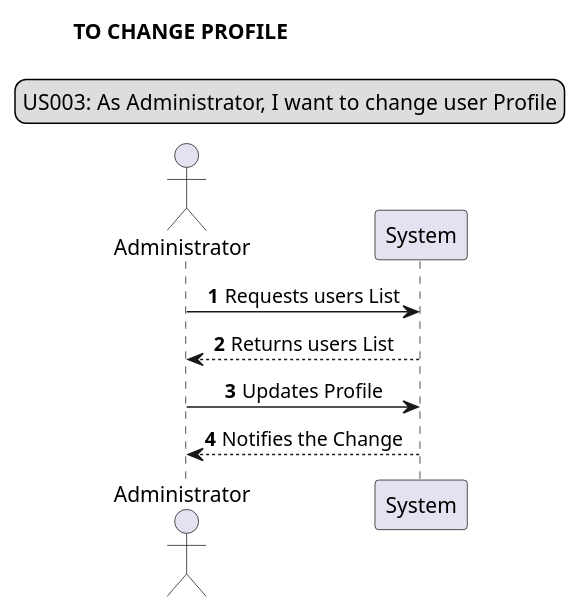
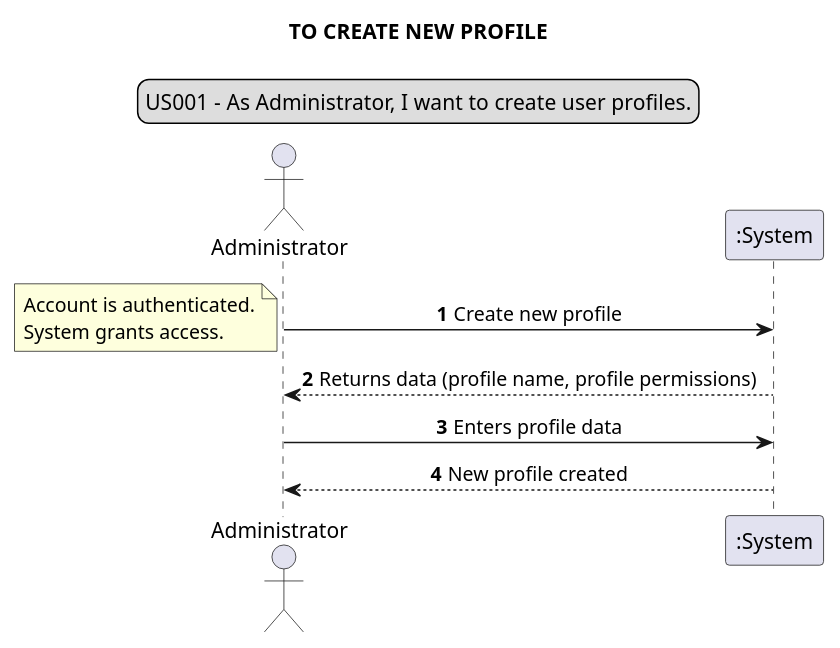
One commit to Loracline/project_switch_22-23 changed the first of 27 diagrams in docs/data_model/System_Sequence_Diagram.puml. Above: the diagram before and after it, drawn with PlantUML. The commit also changed other lines of this file, not shown here.

Commit message:
None US number : Analysis : Updated System sequence diagram 1 to 15

```diff
--- a/docs/data_model/System_Sequence_Diagram.puml
+++ b/docs/data_model/System_Sequence_Diagram.puml
@@ -1,13 +1,17 @@
 @startuml
 skinparam sequenceMessageAlign center
-autonumber
-title TO CHANGE PROFILE
+title TO CREATE NEW PROFILE
 legend top
-US003: As Administrator, I want to change user Profile
+US001 - As Administrator, I want to create user profiles.
 end legend
 actor Administrator
-Administrator -> System: Requests users List
-System --> Administrator: Returns users List
-Administrator -> System: Updates Profile
-System --> Administrator: Notifies the Change
+autonumber
+Administrator  -> ":System": Create new profile
+note left
+Account is authenticated.
+System grants access.
+end note
+":System" --> Administrator: Returns data (profile name, profile permissions)
+Administrator -> ":System": Enters profile data
+":System" --> Administrator: New profile created
 @enduml
```
